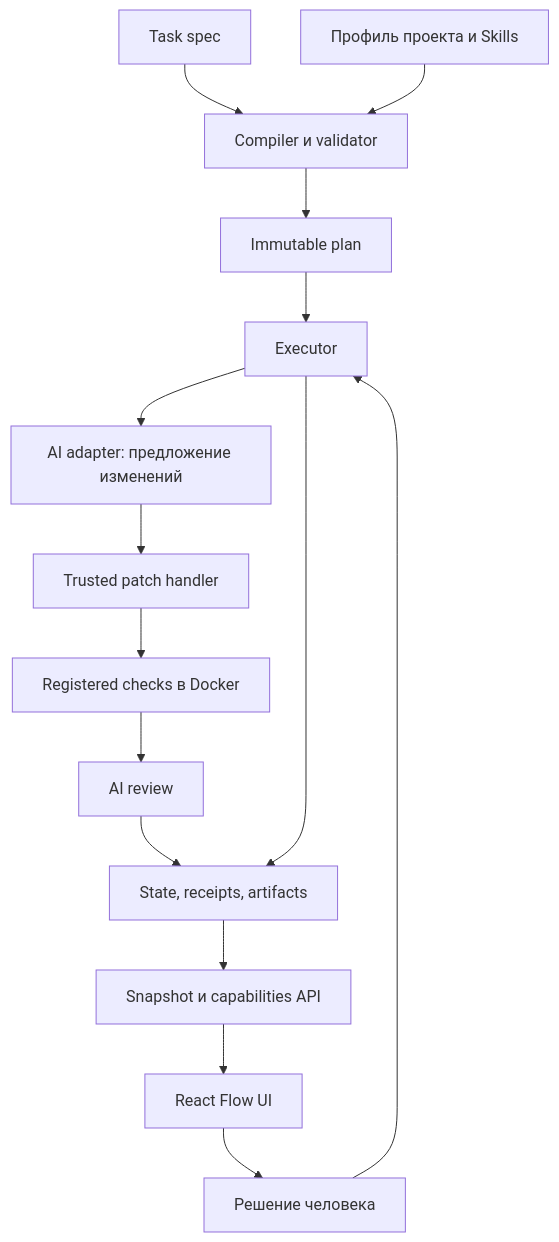
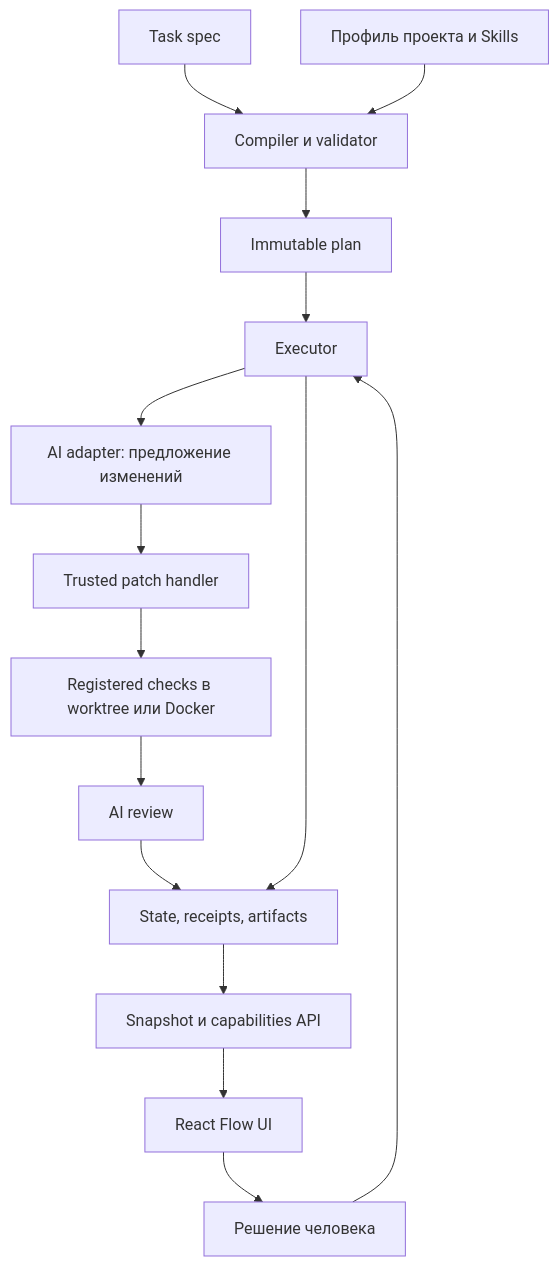
The diagram in docs/ARCHITECTURE.md (IgorBabikov/Flowcairn), drawn with Mermaid before and after one commit. The commit also changed other lines of this file and 16 other files, not shown here.

Commit message:
feat(checks): добавил локальные проверки без Docker

````diff
--- a/docs/ARCHITECTURE.md
+++ b/docs/ARCHITECTURE.md
@@ -5,17 +5,17 @@
 ```mermaid
 flowchart TD
   T[Task spec] --> C[Compiler и validator]
   P[Профиль проекта и Skills] --> C
   C --> I[Immutable plan]
   I --> E[Executor]
   H[Решение человека] --> E
   E --> A[AI adapter: предложение изменений]
   A --> W[Trusted patch handler]
-  W --> K[Registered checks в Docker]
+  W --> K[Registered checks в worktree или Docker]
   K --> R[AI review]
   R --> S[State, receipts, artifacts]
   E --> S
   S --> API[Snapshot и capabilities API]
   API --> UI[React Flow UI]
   UI --> H
 ```
````
